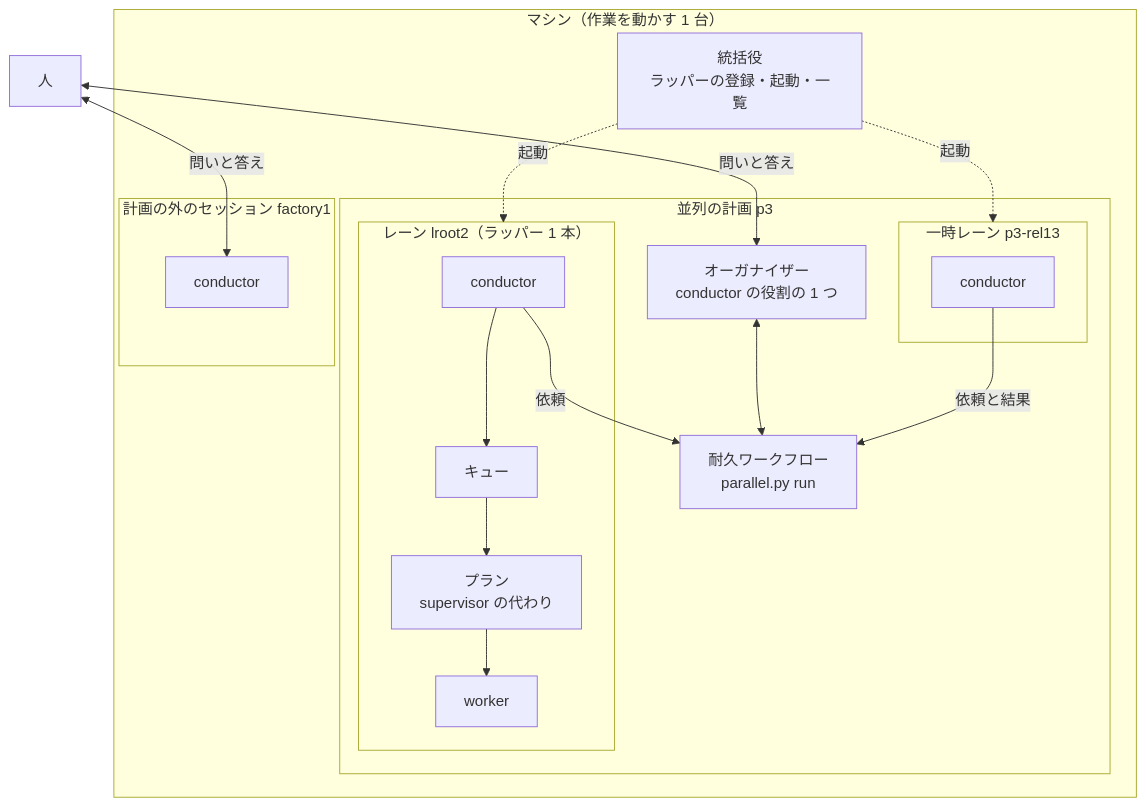
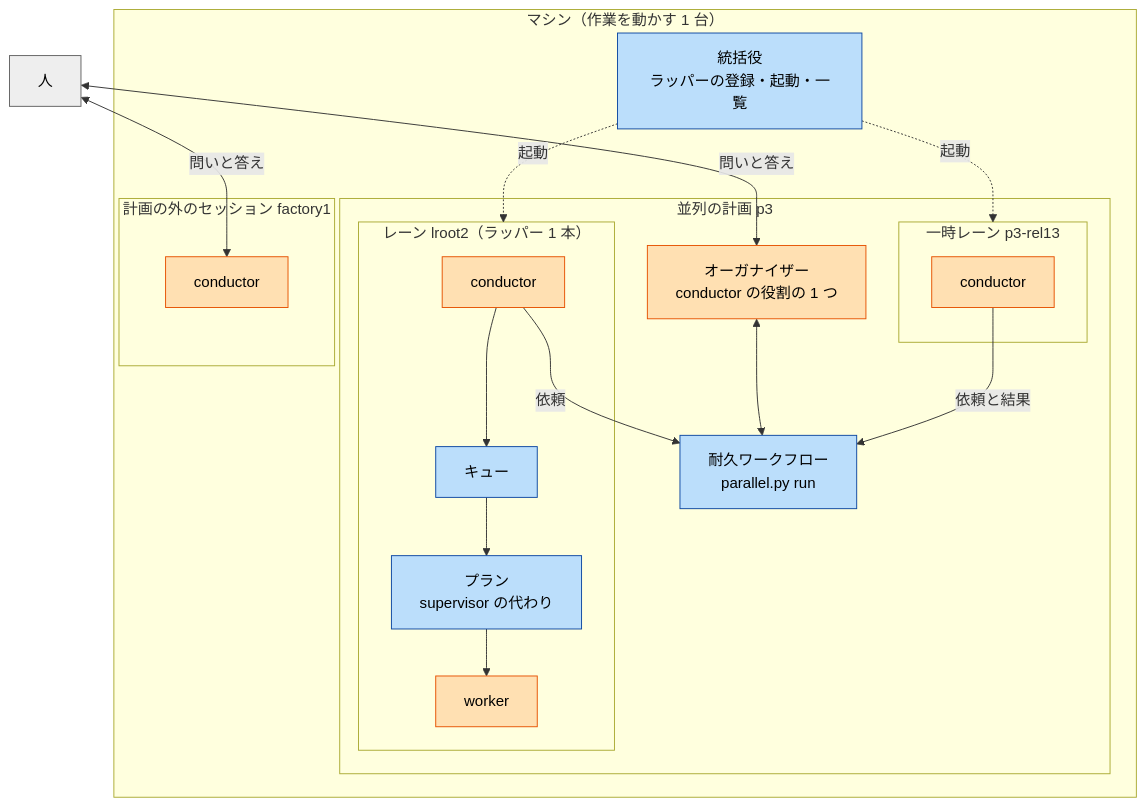
One commit to devbasex/ai-plugins changed the first of 4 diagrams in docs/ndf-parallel-model.md. Above: the diagram before and after it, drawn with Mermaid. The commit also changed other lines of this file, not shown here.

First line of the commit message:
Docs: 図のスクリプトと AI エージェントを色で分ける

````diff
--- a/docs/ndf-parallel-model.md
+++ b/docs/ndf-parallel-model.md
@@ -24,31 +26,38 @@
 ```mermaid
 flowchart TB
     H["人"]
     subgraph M["マシン（作業を動かす 1 台）"]
         HUB["統括役<br/>ラッパーの登録・起動・一覧"]
         subgraph P["並列の計画 p3"]
             O["オーガナイザー<br/>conductor の役割の 1 つ"]
             DW["耐久ワークフロー<br/>parallel.py run"]
             subgraph L1["レーン lroot2（ラッパー 1 本）"]
                 C1["conductor"]
                 Q1["キュー"]
                 PL1["プラン<br/>supervisor の代わり"]
                 W1["worker"]
             end
             subgraph L2["一時レーン p3-rel13"]
                 C2["conductor"]
             end
         end
         subgraph X["計画の外のセッション factory1"]
             C3["conductor"]
         end
     end
     H <-->|"問いと答え"| O
     H <-->|"問いと答え"| C3
     O <--> DW
     C1 -->|"依頼"| DW
     C2 -->|"依頼と結果"| DW
     C1 --> Q1 --> PL1 --> W1
     HUB -.->|"起動"| L1
     HUB -.->|"起動"| L2
+    classDef ai fill:#ffe0b2,stroke:#e65100,color:#000
+    classDef script fill:#bbdefb,stroke:#0d47a1,color:#000
+    classDef mixed fill:#e1bee7,stroke:#4a148c,color:#000
+    classDef other fill:#eeeeee,stroke:#616161,color:#000
+    class O,C1,C2,C3,W1 ai
+    class HUB,DW,Q1,PL1 script
+    class H other
 ```
````
